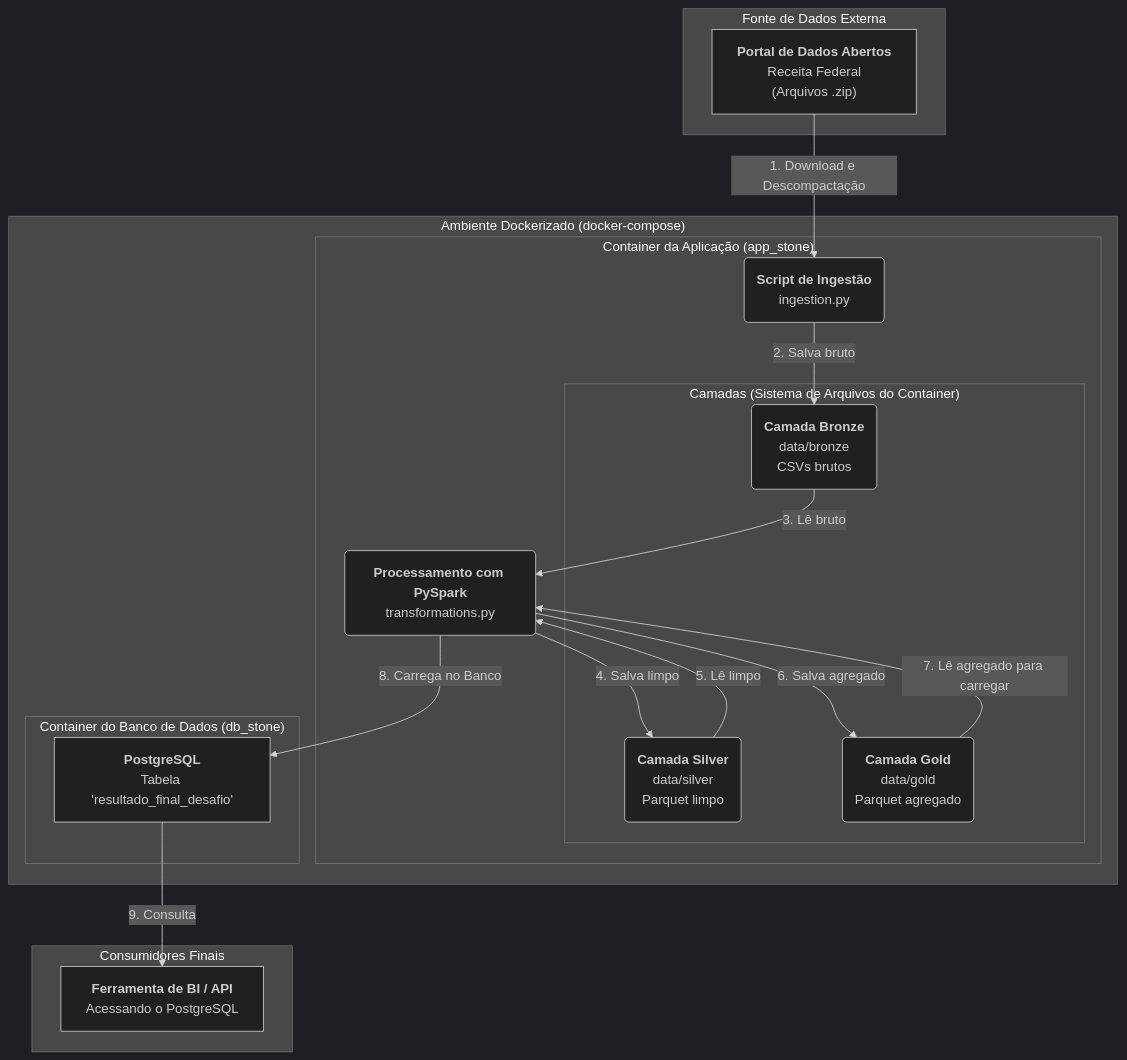
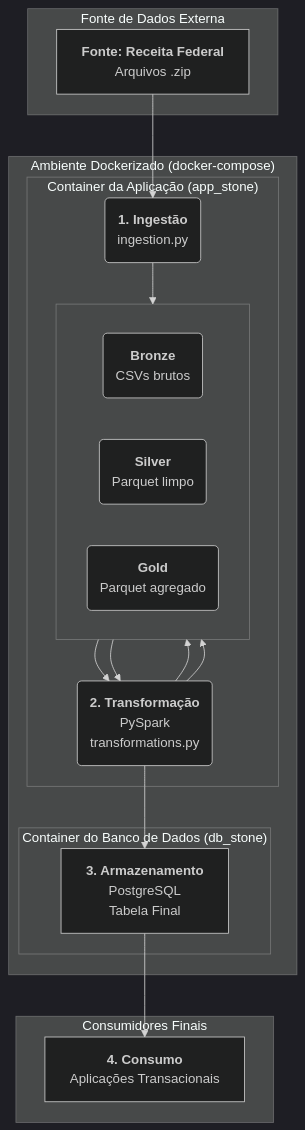
The diagram in README.md (gmendes-eng/desafio-data-engineer-receita-federal), drawn with Mermaid (dark theme) before and after one commit. The commit also changed other lines of this file, not shown here.

Commit message:
Atualização da documentação e instruções

````diff
--- a/README.md
+++ b/README.md
@@ -16,39 +16,39 @@
 ```mermaid
 graph TD;
     subgraph "Fonte de Dados Externa"
-        A["<b>Portal de Dados Abertos</b><br>Receita Federal<br>(Arquivos .zip)"]
+        A["<b>Fonte: Receita Federal</b><br>Arquivos .zip"]
     end
 
     subgraph "Ambiente Dockerizado (docker-compose)"
         subgraph "Container da Aplicação (app_stone)"
-            B("<b>Script de Ingestão</b><br>ingestion.py")
+            B("<b>1. Ingestão</b><br>ingestion.py")
             
-            subgraph "Camadas (Sistema de Arquivos do Container)"
-                C("<b>Camada Bronze</b><br>data/bronze<br>CSVs brutos")
-                D("<b>Camada Silver</b><br>data/silver<br>Parquet limpo")
-                E("<b>Camada Gold</b><br>data/gold<br>Parquet agregado")
+            subgraph " "
+                direction LR
+                C("<b>Bronze</b><br>CSVs brutos")
+                D("<b>Silver</b><br>Parquet limpo")
+                E("<b>Gold</b><br>Parquet agregado")
             end
 
-            F("<b>Processamento com PySpark</b><br>transformations.py")
+            F("<b>2. Transformação</b><br>PySpark<br>transformations.py")
         end
 
         subgraph "Container do Banco de Dados (db_stone)"
-            G["<b>PostgreSQL</b><br>Tabela 'resultado_final_desafio'"]
+            G["<b>3. Armazenamento</b><br>PostgreSQL<br>Tabela Final"]
         end
     end
 
     subgraph "Consumidores Finais"
-        H["<b>Ferramenta de BI / API</b><br>Acessando o PostgreSQL"]
+        H["<b>4. Consumo</b><br>Aplicações Transacionais"]
     end
 
     %% Fluxo do Pipeline
-    A -->|"1. Download e Descompactação"| B;
-    B -->|"2. Salva bruto"| C;
-    C -->|"3. Lê bruto"| F;
-    F -->|"4. Salva limpo"| D;
-    D -->|"5. Lê limpo"| F;
-    F -->|"6. Salva agregado"| E;
-    E -->|"7. Lê agregado para carregar"| F;
-    F -->|"8. Carrega no Banco"| G;
-    G -->|"9. Consulta"| H;
+    A --> B;
+    B --> C;
+    C --> F;
+    F --> D;
+    D --> F;
+    F --> E;
+    F --> G;
+    G --> H;
 ```
````
